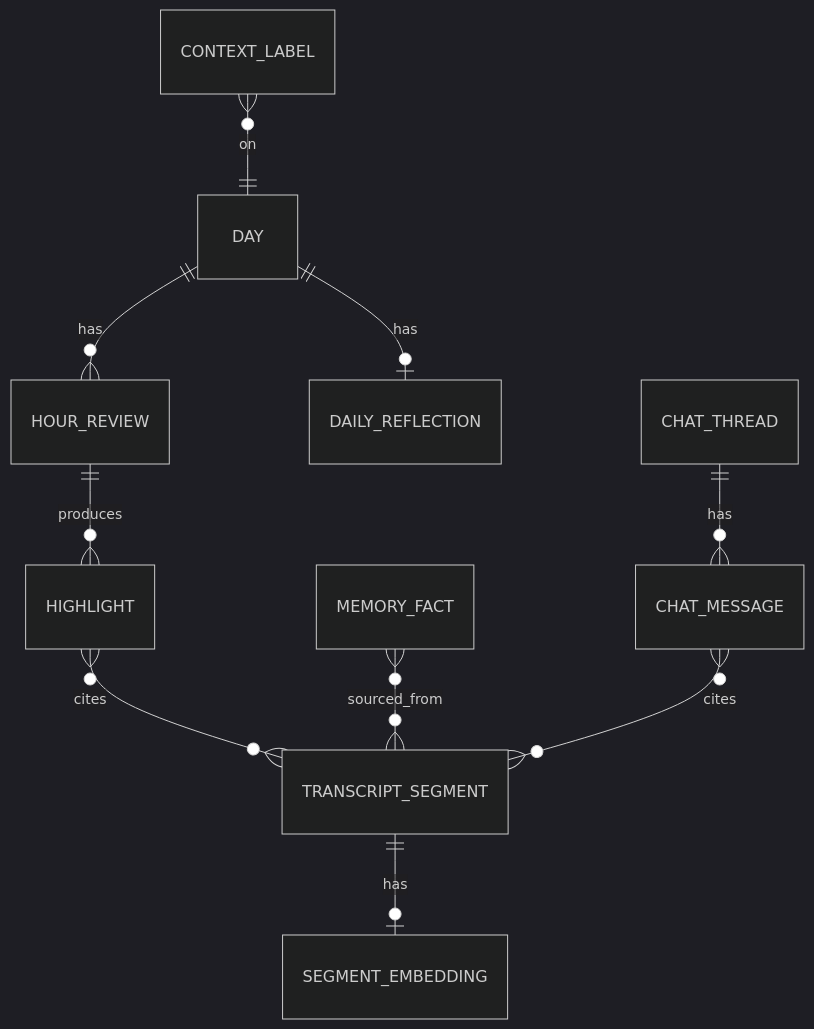
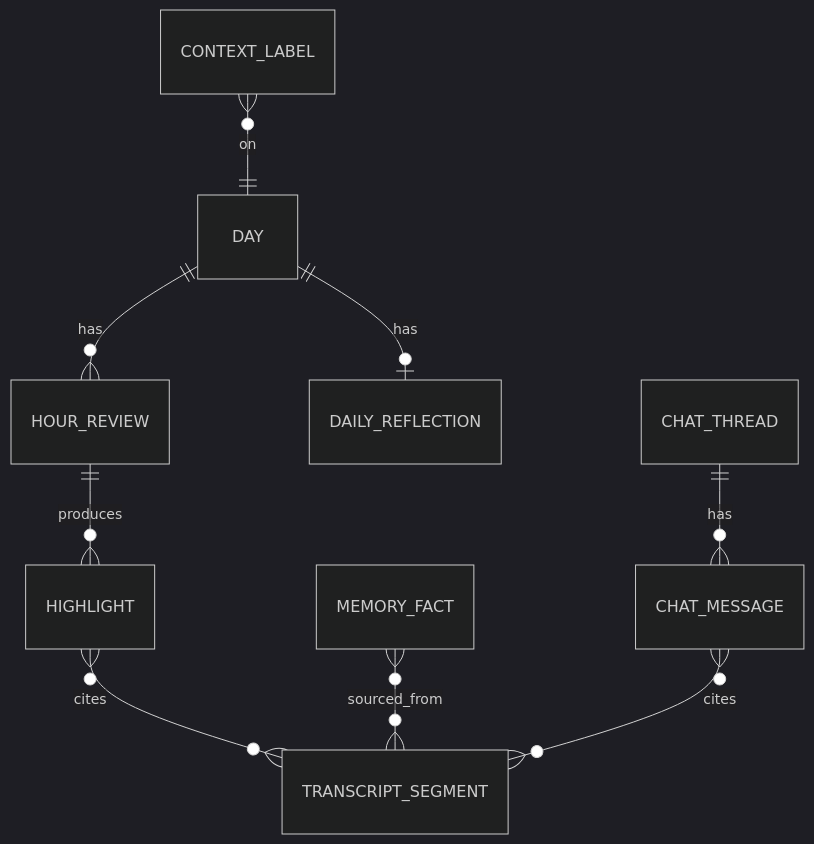
One commit to Soichiro5/watch-audio changed the third of 3 diagrams in docs/architecture/02-architecture.md. Above: the diagram before and after it, drawn with Mermaid (dark theme). The commit also changed other lines of this file and 9 other files, not shown here.

````diff
--- a/docs/architecture/02-architecture.md
+++ b/docs/architecture/02-architecture.md
@@ -130,12 +139,11 @@
 ```mermaid
 erDiagram
-  TRANSCRIPT_SEGMENT ||--o| SEGMENT_EMBEDDING : has
   HOUR_REVIEW ||--o{ HIGHLIGHT : produces
   HIGHLIGHT }o--o{ TRANSCRIPT_SEGMENT : cites
   DAY ||--o{ HOUR_REVIEW : has
   DAY ||--o| DAILY_REFLECTION : has
   MEMORY_FACT }o--o{ TRANSCRIPT_SEGMENT : sourced_from
   CHAT_THREAD ||--o{ CHAT_MESSAGE : has
   CHAT_MESSAGE }o--o{ TRANSCRIPT_SEGMENT : cites
   CONTEXT_LABEL }o--|| DAY : on
 ```
````
